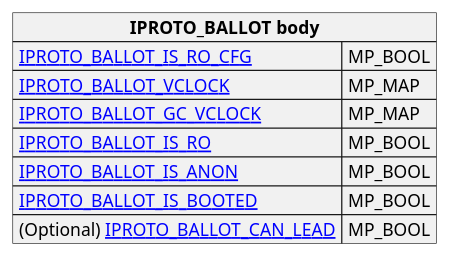
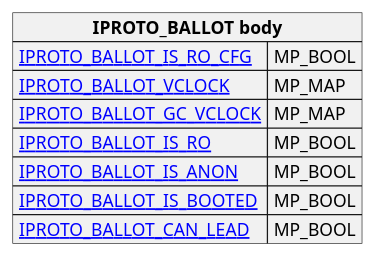
The diagram in doc/dev_guide/internals/iproto/images/repl_ballot.puml (tarantool/doc), drawn with PlantUML before and after one commit. The commit also changed 7 other files, not shown here.

```diff
--- a/doc/dev_guide/internals/iproto/images/repl_ballot.puml
+++ b/doc/dev_guide/internals/iproto/images/repl_ballot.puml
@@ -1,20 +1,20 @@
 @startuml
 
 skinparam map {
     HyperlinkColor #0077FF
     FontColor #313131
     BorderColor #313131
     BackgroundColor transparent
 }
 
 json "**IPROTO_BALLOT body**" as ballot {
     "[[https://tarantool.io/en/doc/latest/dev_guide/internals/iproto/keys IPROTO_BALLOT_IS_RO_CFG]]": "MP_BOOL",
     "[[https://tarantool.io/en/doc/latest/dev_guide/internals/iproto/keys IPROTO_BALLOT_VCLOCK]]": "MP_MAP",
     "[[https://tarantool.io/en/doc/latest/dev_guide/internals/iproto/keys IPROTO_BALLOT_GC_VCLOCK]]": "MP_MAP",
     "[[https://tarantool.io/en/doc/latest/dev_guide/internals/iproto/keys IPROTO_BALLOT_IS_RO]]": "MP_BOOL",
     "[[https://tarantool.io/en/doc/latest/dev_guide/internals/iproto/keys IPROTO_BALLOT_IS_ANON]]": "MP_BOOL",
     "[[https://tarantool.io/en/doc/latest/dev_guide/internals/iproto/keys IPROTO_BALLOT_IS_BOOTED]]": "MP_BOOL",
-    "(Optional) [[https://tarantool.io/en/doc/latest/dev_guide/internals/iproto/keys IPROTO_BALLOT_CAN_LEAD]]": "MP_BOOL"
+    "[[https://tarantool.io/en/doc/latest/dev_guide/internals/iproto/keys IPROTO_BALLOT_CAN_LEAD]]": "MP_BOOL"
 }
 
 @enduml
```
